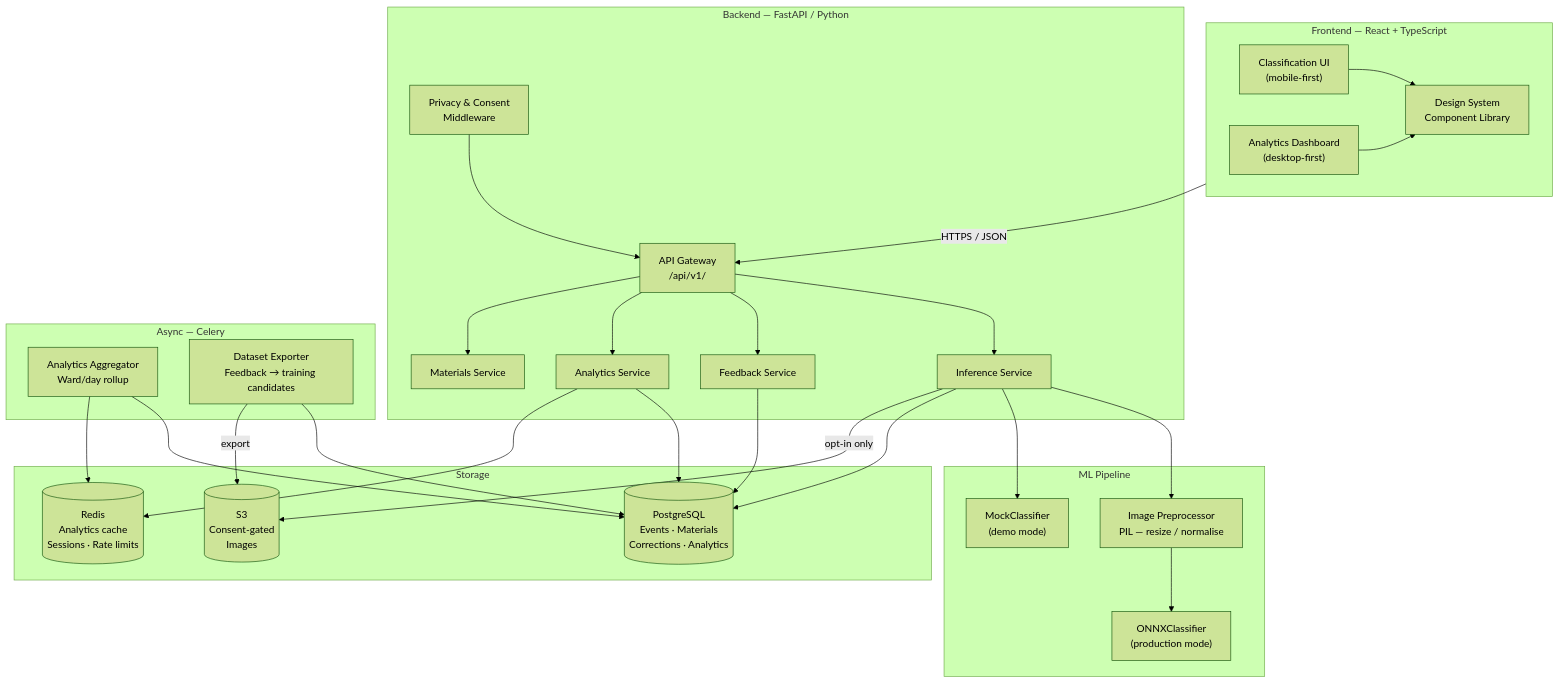
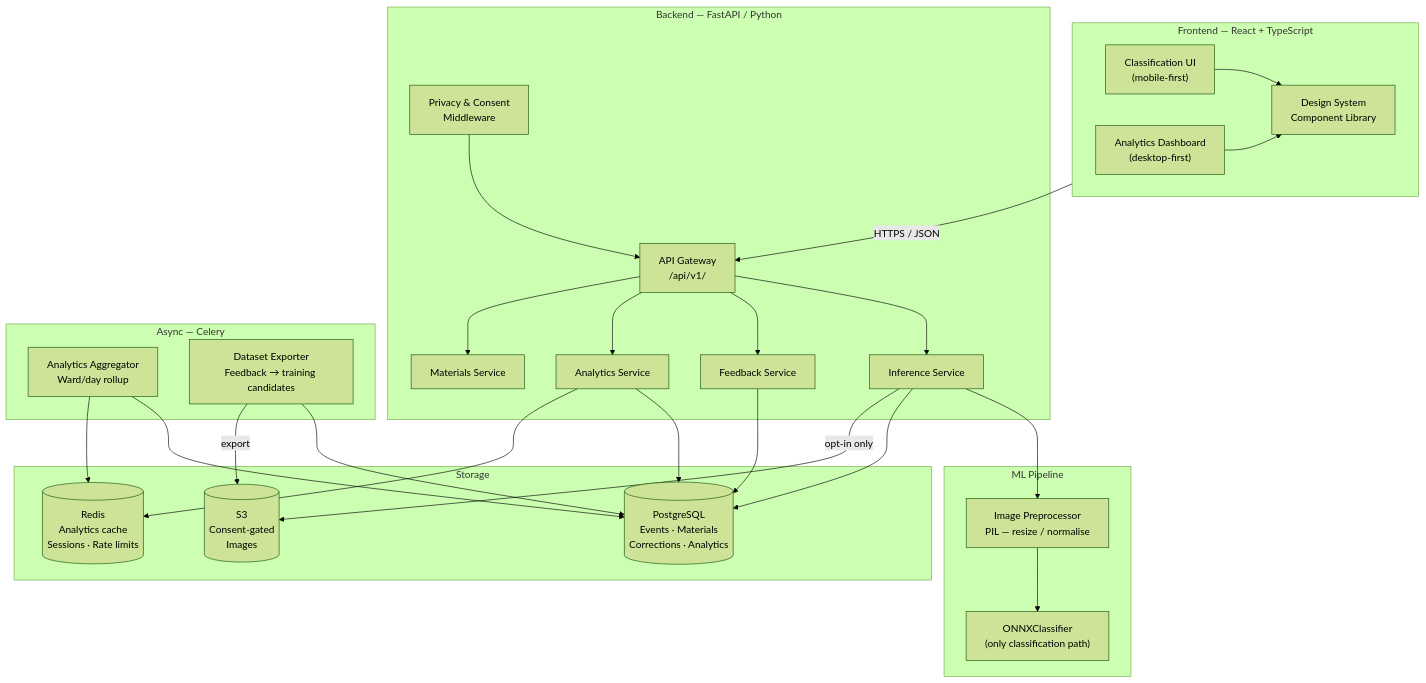
The second of 2 diagrams in docs/architecture.md (AdityaC-07/LoopWise), drawn with Mermaid (forest theme) before and after one commit. The commit also changed other lines of this file and 39 other files, not shown here.

First line of the commit message:
Refactor: Remove demo mode references and implement ONNX-only inference path

````diff
--- a/docs/architecture.md
+++ b/docs/architecture.md
@@ -89,55 +89,53 @@
 ```mermaid
 graph TD
     subgraph FE["Frontend — React + TypeScript"]
         CUI["Classification UI\n(mobile-first)"]
         DASH["Analytics Dashboard\n(desktop-first)"]
         DS["Design System\nComponent Library"]
         CUI --> DS
         DASH --> DS
     end
 
     subgraph BE["Backend — FastAPI / Python"]
         GW["API Gateway\n/api/v1/"]
         INF["Inference Service"]
         FB["Feedback Service"]
         ANA["Analytics Service"]
         MAT["Materials Service"]
         PM["Privacy & Consent\nMiddleware"]
         GW --> INF
         GW --> FB
         GW --> ANA
         GW --> MAT
         PM --> GW
     end
 
     subgraph ML["ML Pipeline"]
-        MOCK["MockClassifier\n(demo mode)"]
-        ONNX_RT["ONNXClassifier\n(production mode)"]
+        ONNX_RT["ONNXClassifier\n(only classification path)"]
         PRE["Image Preprocessor\nPIL — resize / normalise"]
         INF --> PRE
         PRE --> ONNX_RT
-        INF --> MOCK
     end
 
     subgraph STORE["Storage"]
         PG[("PostgreSQL\nEvents · Materials\nCorrections · Analytics")]
         CACHE[("Redis\nAnalytics cache\nSessions · Rate limits")]
         S3B[("S3\nConsent-gated\nImages")]
     end
 
     subgraph JOBS["Async — Celery"]
         AGG["Analytics Aggregator\nWard/day rollup"]
         EXP["Dataset Exporter\nFeedback → training candidates"]
     end
 
     FE -->|HTTPS / JSON| GW
     INF --> PG
     FB --> PG
     ANA --> PG
     ANA --> CACHE
     AGG --> PG
     AGG --> CACHE
     INF -->|opt-in only| S3B
     EXP --> PG
     EXP -->|export| S3B
 ```
````
